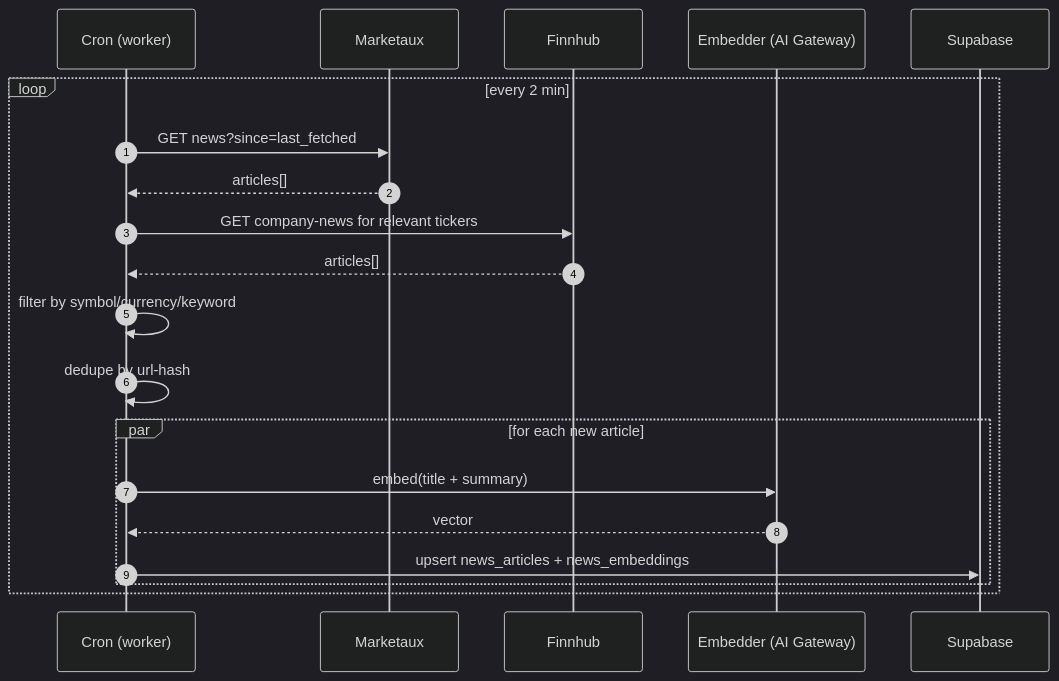
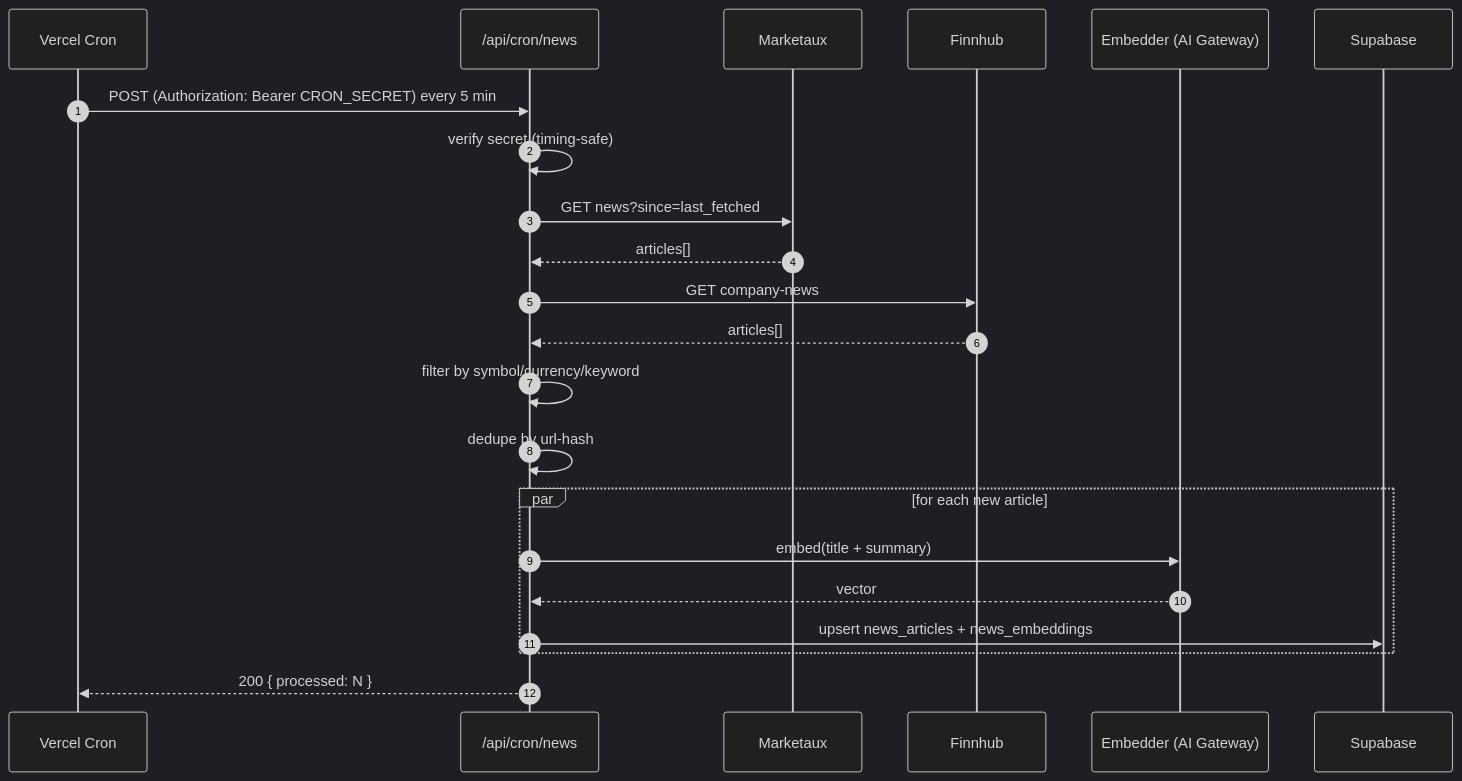
Before and after one commit to HamaFx/HamaFX-Ai: the third of 10 diagrams in docs/13-data-flow.md, drawn with Mermaid (dark theme). The commit also changed other lines of this file and 17 other files, not shown here.

````diff
--- a/docs/13-data-flow.md
+++ b/docs/13-data-flow.md
@@ -79,23 +79,25 @@
 ```mermaid
 sequenceDiagram
     autonumber
-    participant C as Cron (worker)
+    participant V as Vercel Cron
+    participant W as /api/cron/news
     participant MX as Marketaux
     participant FH as Finnhub
     participant E as Embedder (AI Gateway)
     participant DB as Supabase
 
-    loop every 2 min
-      C->>MX: GET news?since=last_fetched
-      MX-->>C: articles[]
-      C->>FH: GET company-news for relevant tickers
-      FH-->>C: articles[]
-      C->>C: filter by symbol/currency/keyword
-      C->>C: dedupe by url-hash
-      par for each new article
-        C->>E: embed(title + summary)
-        E-->>C: vector
-        C->>DB: upsert news_articles + news_embeddings
-      end
+    V->>W: POST (Authorization: Bearer CRON_SECRET) every 5 min
+    W->>W: verify secret (timing-safe)
+    W->>MX: GET news?since=last_fetched
+    MX-->>W: articles[]
+    W->>FH: GET company-news
+    FH-->>W: articles[]
+    W->>W: filter by symbol/currency/keyword
+    W->>W: dedupe by url-hash
+    par for each new article
+      W->>E: embed(title + summary)
+      E-->>W: vector
+      W->>DB: upsert news_articles + news_embeddings
     end
+    W-->>V: 200 { processed: N }
 ```
````
